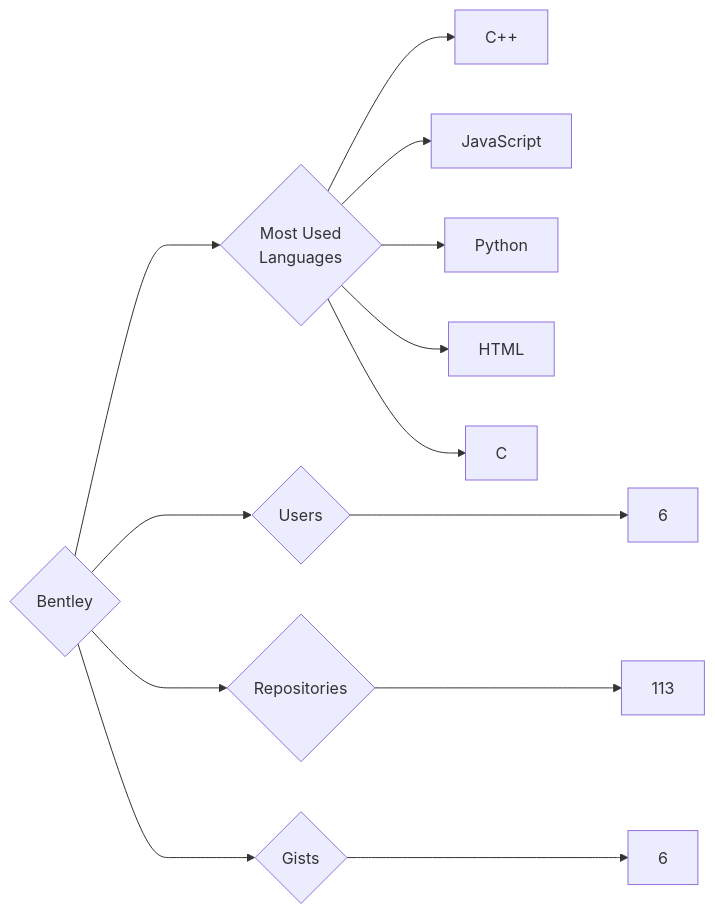
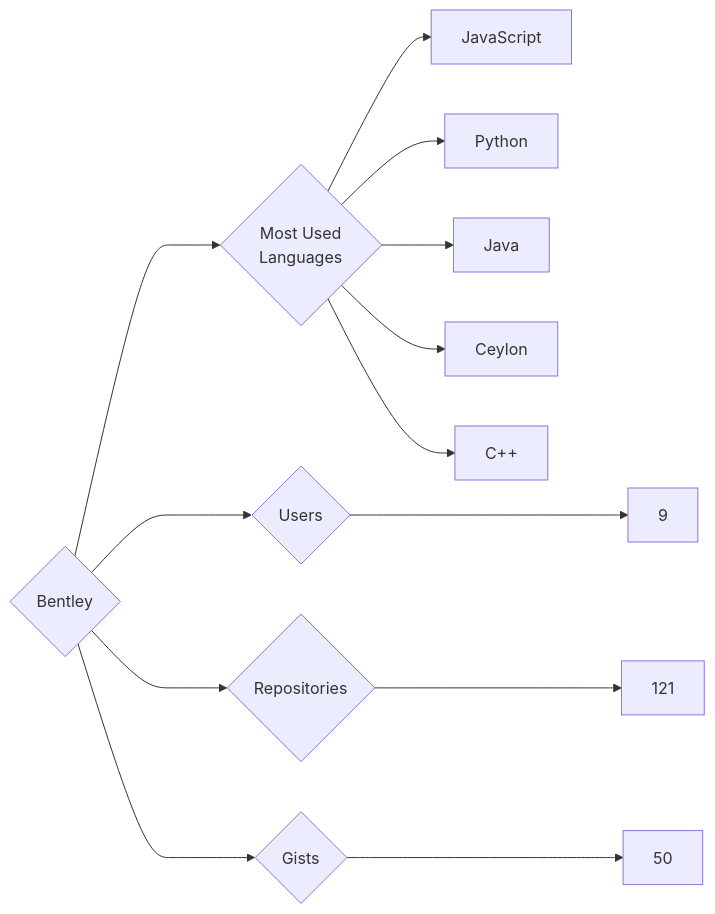
One commit to trickest/insiders changed the diagram in targets/Bentley/README.md. Above: the diagram before and after it, drawn with Mermaid. The commit also changed 1123 other files, not shown here.

````diff
--- a/targets/Bentley/README.md
+++ b/targets/Bentley/README.md
@@ -3,13 +3,13 @@
 ```mermaid
 graph LR
 COMPANY_NAME{Bentley}
-COMPANY_NAME ---> U{Users} ---> UN[6]
-COMPANY_NAME ---> R{Repositories} ---> RN[113]
-COMPANY_NAME ---> G{Gists} ---> GN[6]
+COMPANY_NAME ---> U{Users} ---> UN[9]
+COMPANY_NAME ---> R{Repositories} ---> RN[121]
+COMPANY_NAME ---> G{Gists} ---> GN[50]
 COMPANY_NAME ---> ML{Most Used<br>Languages}
-ML --> C++[C++]
 ML --> JavaScript[JavaScript]
 ML --> Python[Python]
-ML --> HTML[HTML]
-ML --> C[C]
+ML --> Java[Java]
+ML --> Ceylon[Ceylon]
+ML --> C++[C++]
 ```
````
